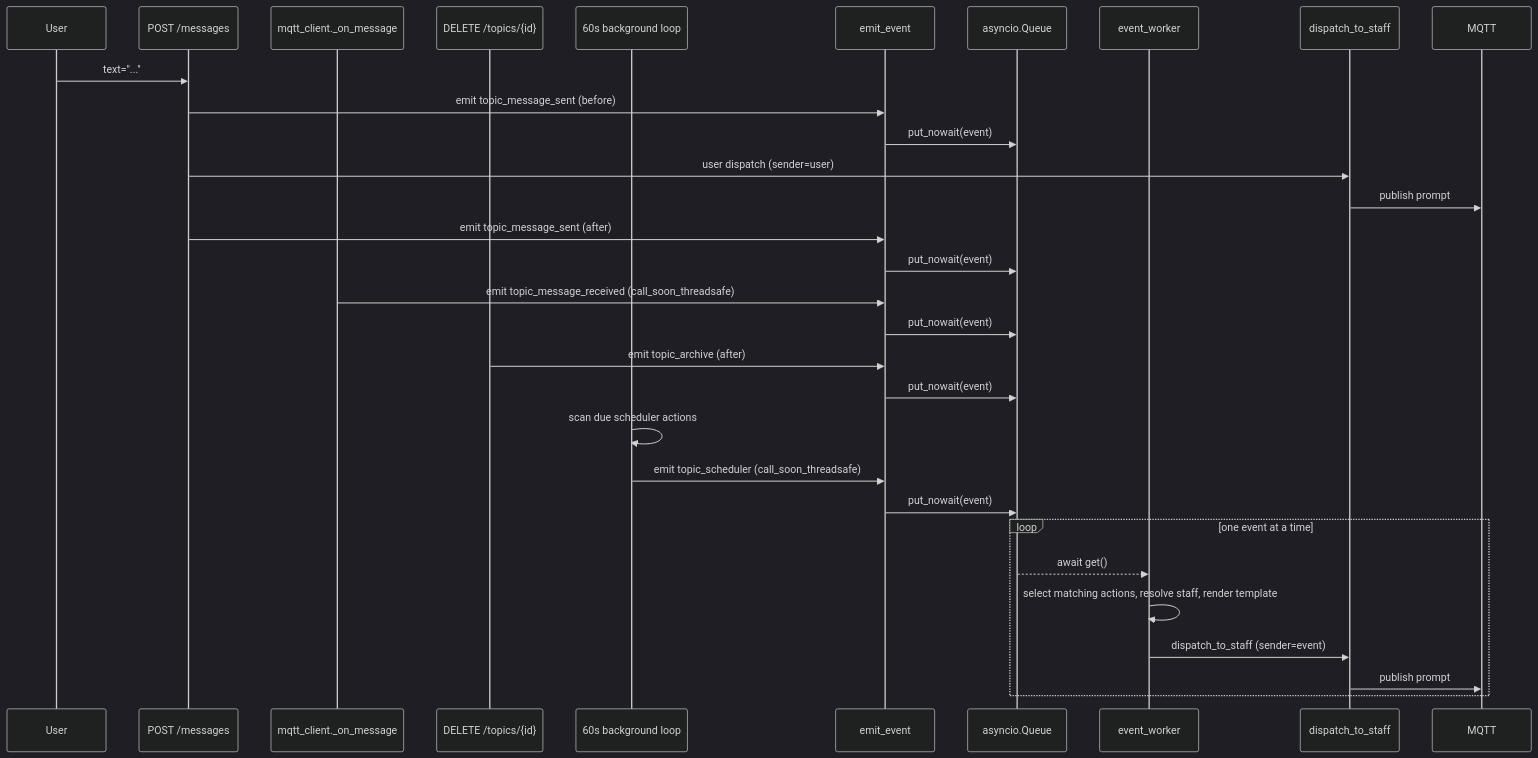
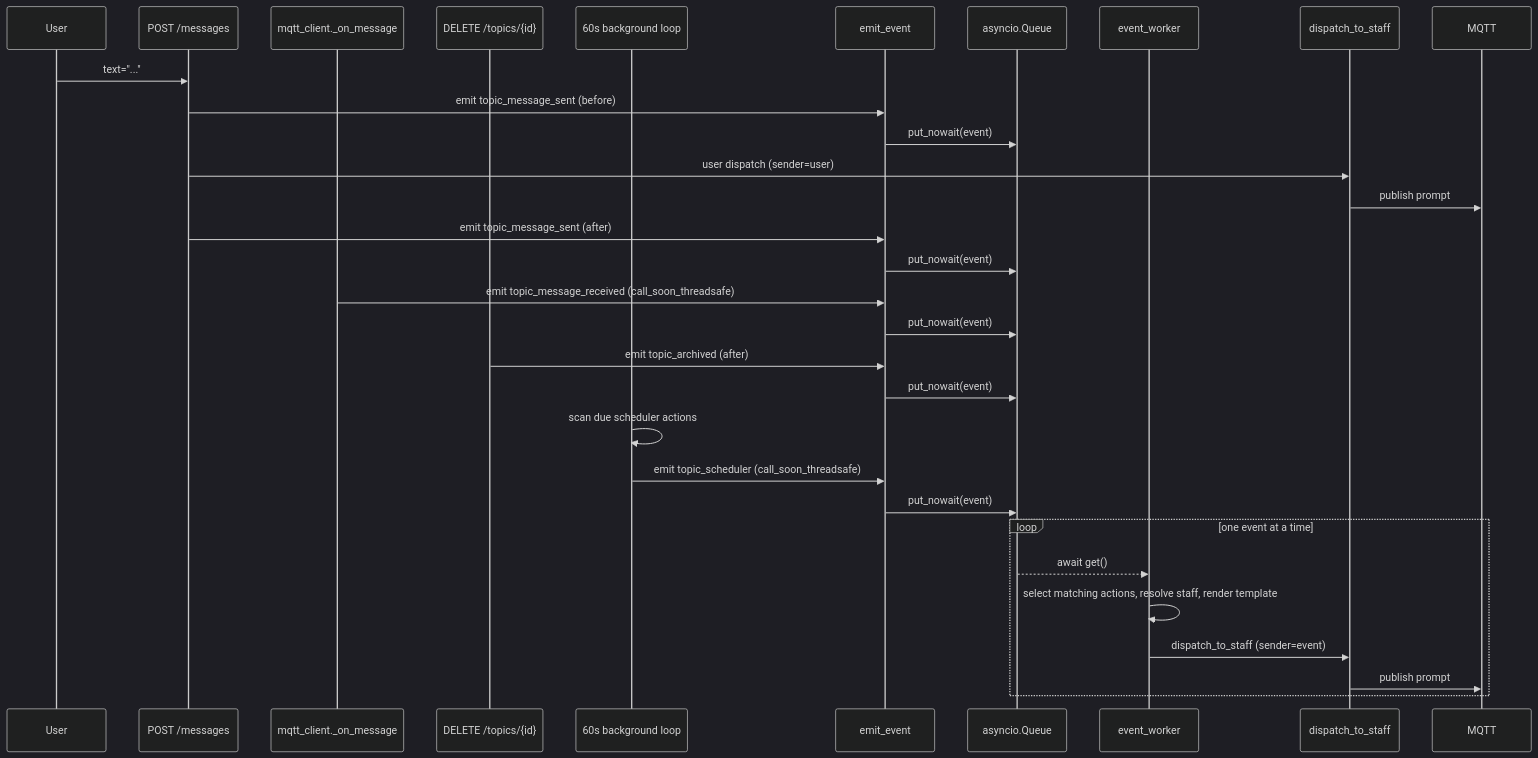
One commit to pandazxx/codex-slack changed the diagram in docs/design/event-based-staff-action.md. Above: the diagram before and after it, drawn with Mermaid (dark theme). The commit also changed other lines of this file and 1 other file, not shown here.

````diff
--- a/docs/design/event-based-staff-action.md
+++ b/docs/design/event-based-staff-action.md
@@ -195,38 +224,38 @@
 ```mermaid
 sequenceDiagram
     participant U as User
     participant API as POST /messages
     participant MC as mqtt_client._on_message
     participant T as DELETE /topics/{id}
     participant BG as 60s background loop
     participant EM as emit_event
     participant Q as asyncio.Queue
     participant W as event_worker
     participant D as dispatch_to_staff
     participant MQTT
 
     U->>API: text="..."
     API->>EM: emit topic_message_sent (before)
     EM->>Q: put_nowait(event)
     API->>D: user dispatch (sender=user)
     D->>MQTT: publish prompt
     API->>EM: emit topic_message_sent (after)
     EM->>Q: put_nowait(event)
 
     MC->>EM: emit topic_message_received (call_soon_threadsafe)
     EM->>Q: put_nowait(event)
 
-    T->>EM: emit topic_archive (after)
+    T->>EM: emit topic_archived (after)
     EM->>Q: put_nowait(event)
 
     BG->>BG: scan due scheduler actions
     BG->>EM: emit topic_scheduler (call_soon_threadsafe)
     EM->>Q: put_nowait(event)
 
     loop one event at a time
         Q-->>W: await get()
         W->>W: select matching actions, resolve staff, render template
         W->>D: dispatch_to_staff (sender=event)
         D->>MQTT: publish prompt
     end
 ```
````
